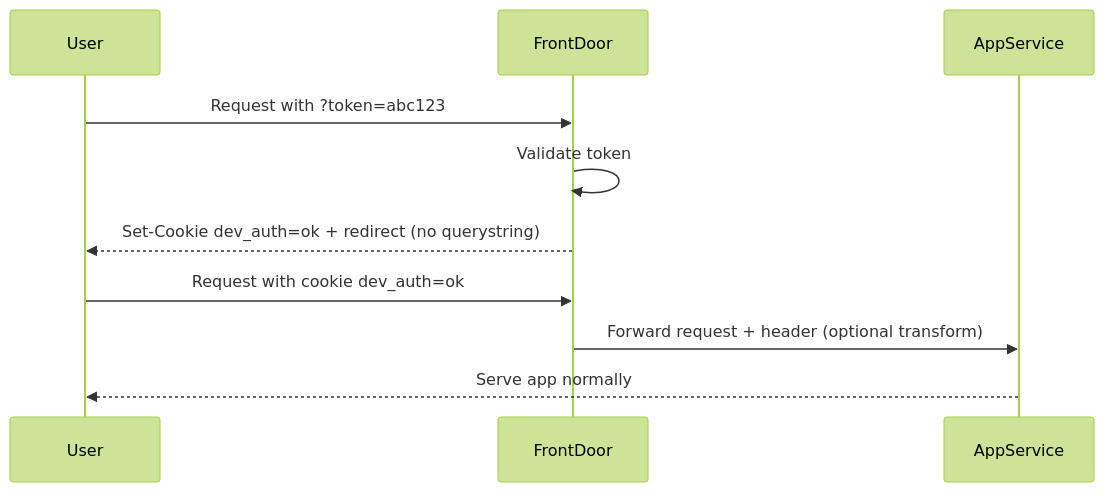
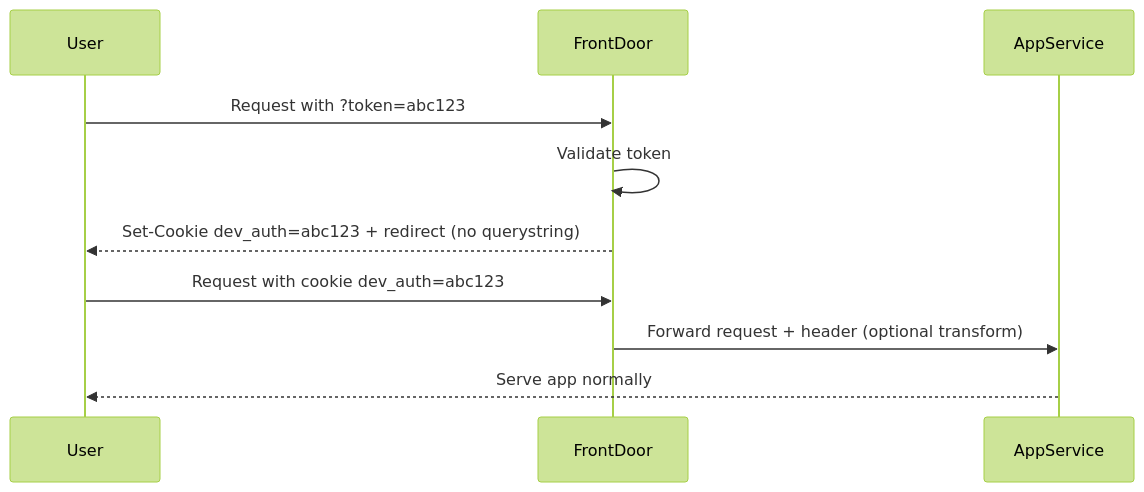
Before and after one commit to DFE-Digital/social-work-induction-programme-digital-service: the diagram in docs/architecture/architecture-decision-records/0001_Development-environment-access.md, drawn with Mermaid (forest theme).

Commit message:
Fix typo in ADR

````diff
--- a/docs/architecture/architecture-decision-records/0001_Development-environment-access.md
+++ b/docs/architecture/architecture-decision-records/0001_Development-environment-access.md
@@ -74,13 +74,13 @@
 ```mermaid
 sequenceDiagram
     participant User
     participant FrontDoor
     participant AppService
 
     User->>FrontDoor: Request with ?token=abc123
     FrontDoor->>FrontDoor: Validate token
-    FrontDoor-->>User: Set-Cookie dev_auth=ok + redirect (no querystring)
-    User->>FrontDoor: Request with cookie dev_auth=ok
+    FrontDoor-->>User: Set-Cookie dev_auth=abc123 + redirect (no querystring)
+    User->>FrontDoor: Request with cookie dev_auth=abc123
     FrontDoor->>AppService: Forward request + header (optional transform)
     AppService-->>User: Serve app normally
 ```
````
